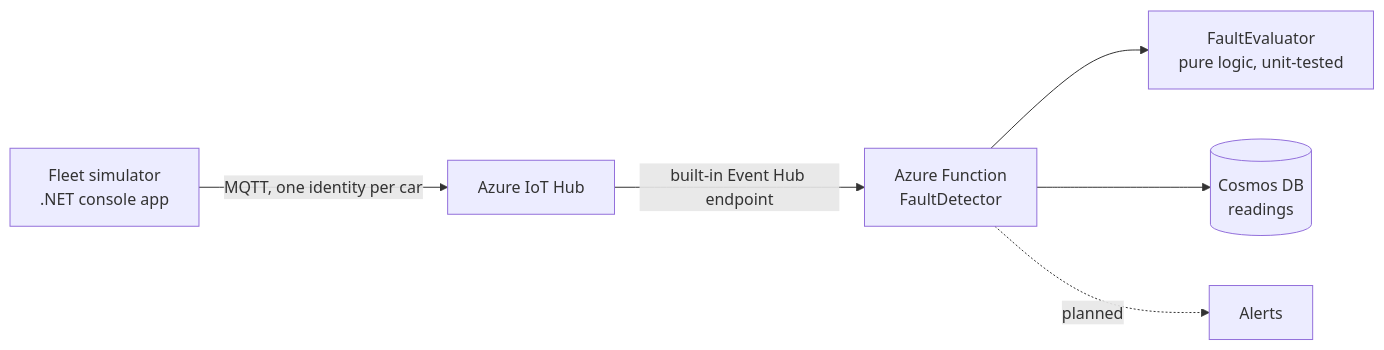
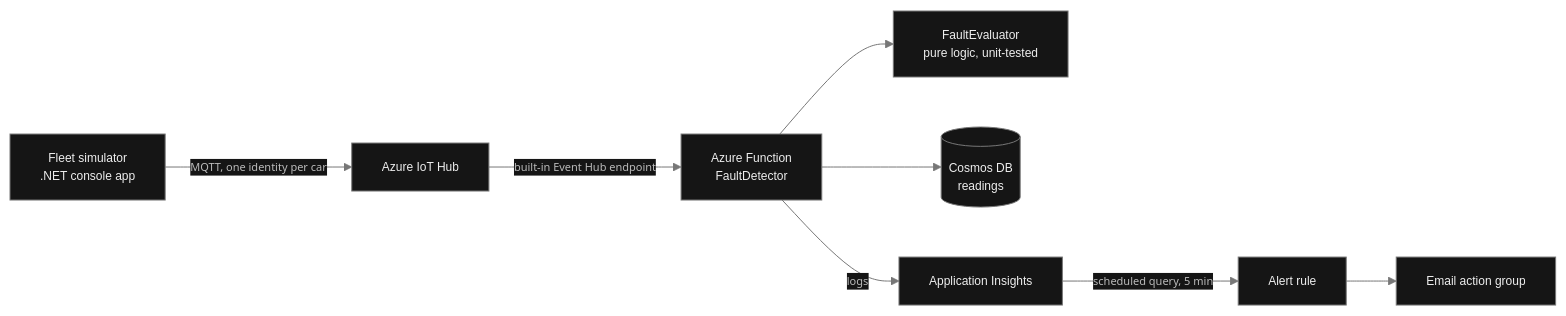
The diagram in README.md (Kaiv00/telematrack), drawn with Mermaid before and after one commit. The commit also changed other lines of this file, not shown here.

Commit message:
Updated architecture Heading

````diff
--- a/README.md
+++ b/README.md
@@ -11,8 +11,30 @@
 ```mermaid
 flowchart LR
-    SIM["Fleet simulator<br/>.NET console app"] -->|"MQTT, one identity per car"| HUB["Azure IoT Hub"]
-    HUB -->|"built-in Event Hub endpoint"| FN["Azure Function<br/>FaultDetector"]
-    FN --> EVAL["FaultEvaluator<br/>pure logic, unit-tested"]
-    FN --> DB[("Cosmos DB<br/>readings")]
-    FN -.->|planned| ALERT["Alerts"]
+    %% Setup global styling for dark theme
+    themeSpec[" "]
+    style themeSpec fill:none,stroke:none
+    classDef default fill:#151515,stroke:#777,stroke-width:1px,color:#eee,font-family:sans-serif,font-size:12px;
+    classDef edgeLabel background-color:#151515,color:#bbb,font-size:11px;
+
+    %% Nodes Definitions
+    SIM["Fleet simulator<br/>.NET console app"]
+    HUB["Azure IoT Hub"]
+    FN["Azure Function<br/>FaultDetector"]
+    EVAL["FaultEvaluator<br/>pure logic, unit-tested"]
+    DB[("Cosmos DB<br/>readings")]
+    APP["Application Insights"]
+    RULE["Alert rule"]
+    EMAIL["Email action group"]
+
+    %% Connections
+    SIM -->|MQTT, one identity per car| HUB
+    HUB -->|built-in Event Hub endpoint| FN
+    FN --> EVAL
+    FN --> DB
+    FN -->|logs| APP
+    APP -->|scheduled query, 5 min| RULE
+    RULE --> EMAIL
+
+    %% Apply Link Styling for clean text overlays
+    linkStyle 0,1,2,3,4,5,6 stroke:#777,stroke-width:1px,color:#aaa
 ```
````
